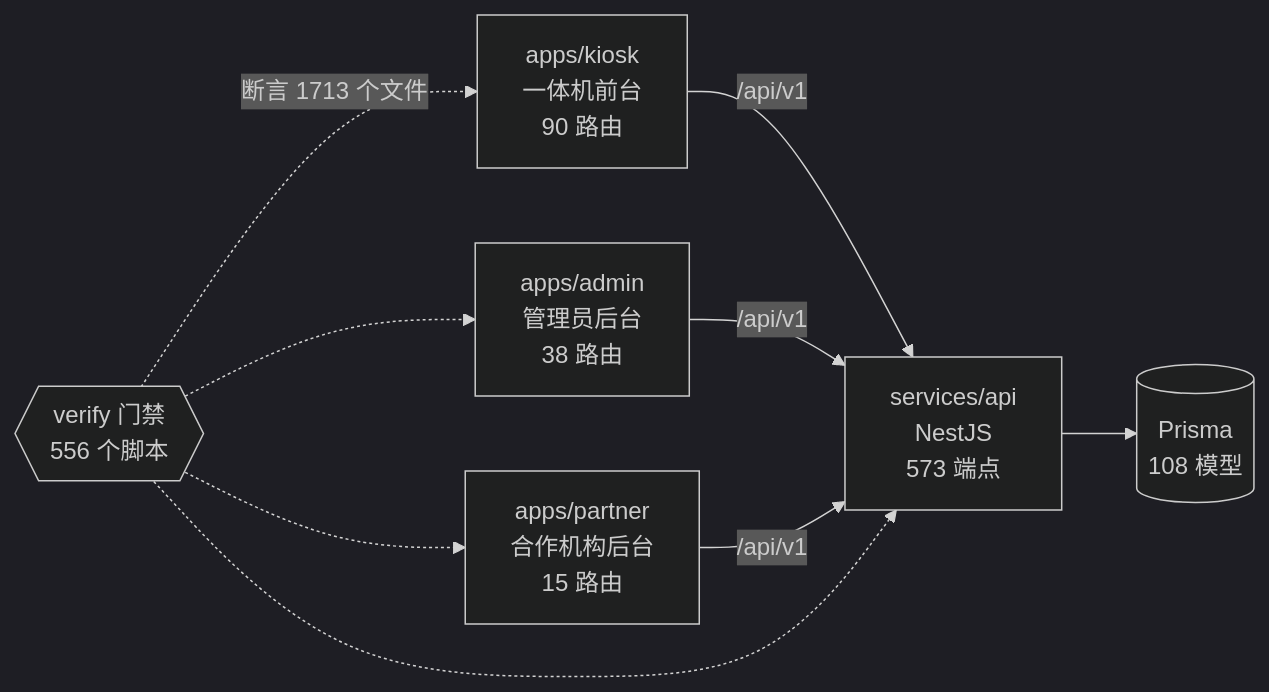
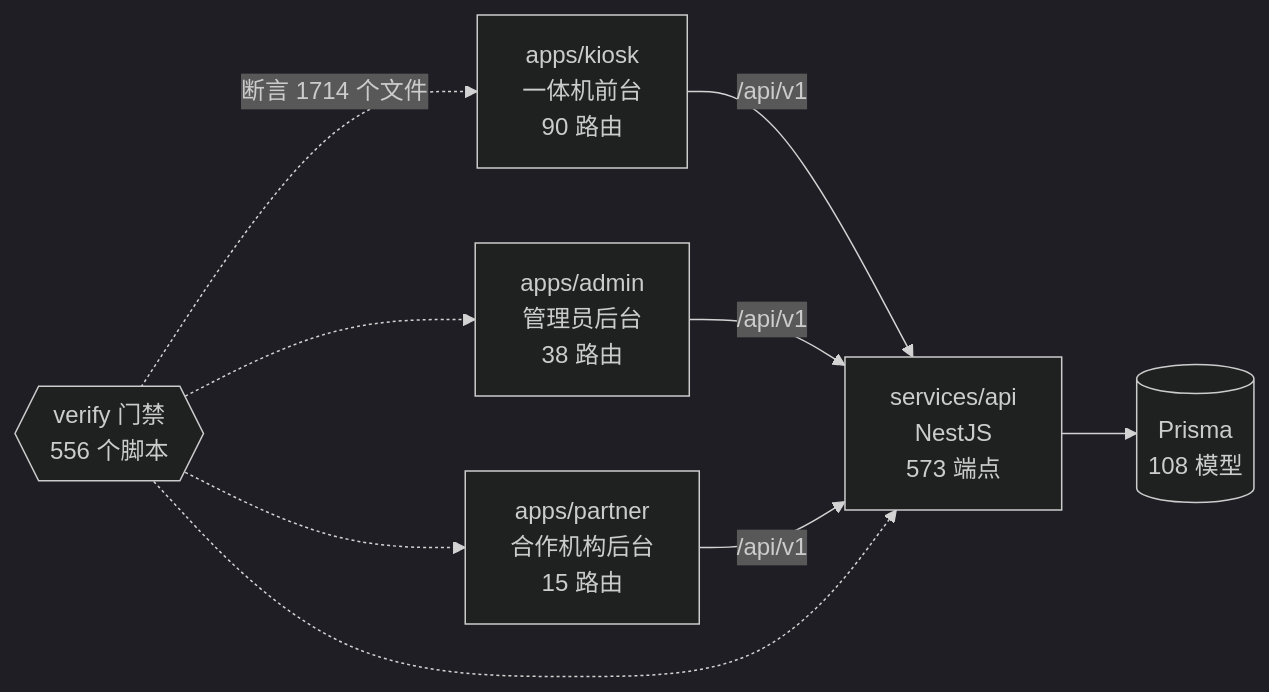
One commit to wanglei581/YITIJI changed the diagram in docs/graph/README.md. Above: the diagram before and after it, drawn with Mermaid (dark theme). The commit also changed other lines of this file and 18 other files, not shown here.

````diff
--- a/docs/graph/README.md
+++ b/docs/graph/README.md
@@ -68,18 +68,18 @@
 ```mermaid
 flowchart LR
   kiosk["apps/kiosk<br/>一体机前台<br/>90 路由"]
   admin["apps/admin<br/>管理员后台<br/>38 路由"]
   partner["apps/partner<br/>合作机构后台<br/>15 路由"]
   api["services/api<br/>NestJS<br/>573 端点"]
   db[("Prisma<br/>108 模型")]
   gates{{"verify 门禁<br/>556 个脚本"}}
 
   kiosk -->|"/api/v1"| api
   admin -->|"/api/v1"| api
   partner -->|"/api/v1"| api
   api --> db
-  gates -.->|"断言 1713 个文件"| kiosk
+  gates -.->|"断言 1714 个文件"| kiosk
   gates -.-> admin
   gates -.-> partner
   gates -.-> api
 ```
````
